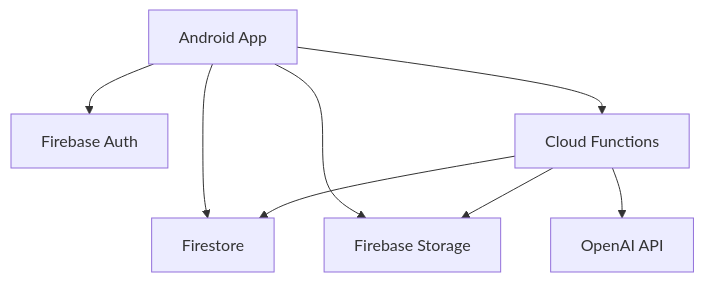
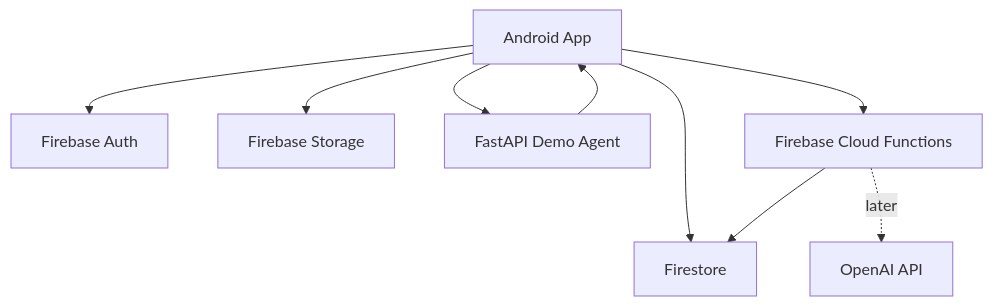
Before and after one commit to stophhh/ShareAlbum: the first of 2 diagrams in README.md, drawn with Mermaid. The commit also changed other lines of this file and 12 other files, not shown here.

Commit message:
Add FastAPI smart album agent

````diff
--- a/README.md
+++ b/README.md
@@ -55,10 +61,11 @@
 ```mermaid
 flowchart TD
     A[Android App] --> B[Firebase Auth]
     A --> C[Firestore]
     A --> D[Firebase Storage]
-    A --> E[Cloud Functions]
-    E --> F[OpenAI API]
-    E --> C
-    E --> D
+    A --> E[FastAPI Demo Agent]
+    E --> A
+    A --> F[Firebase Cloud Functions]
+    F -. later .-> G[OpenAI API]
+    F --> C
 ```
````
